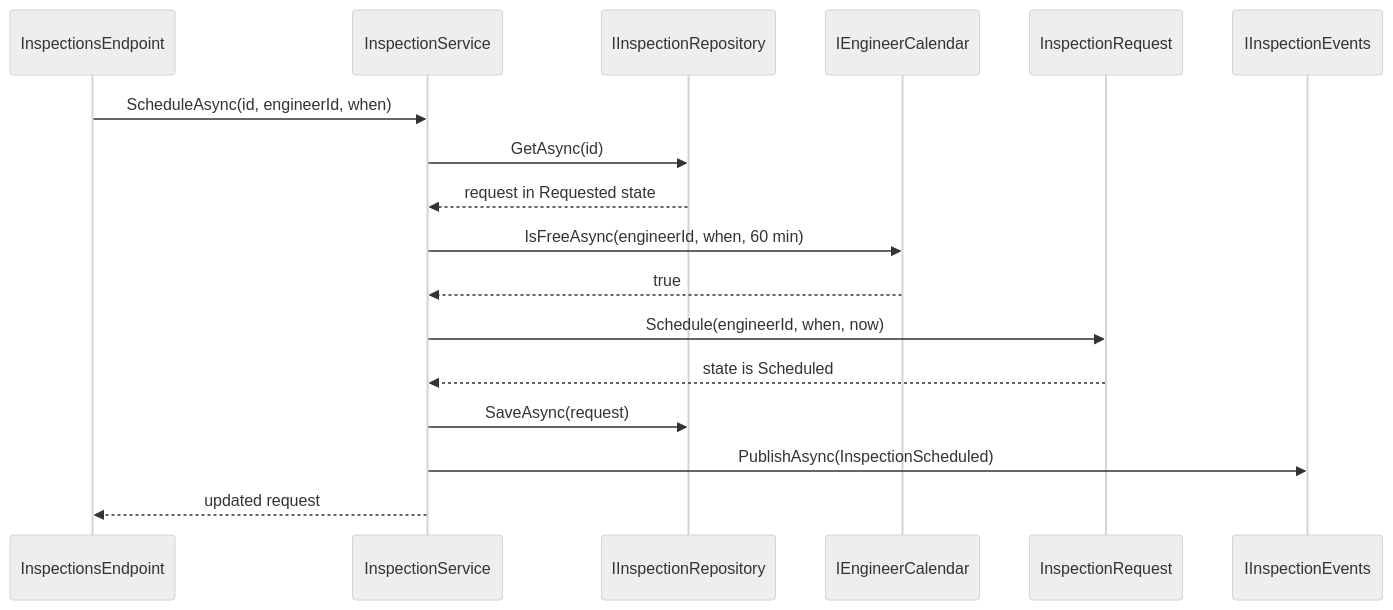
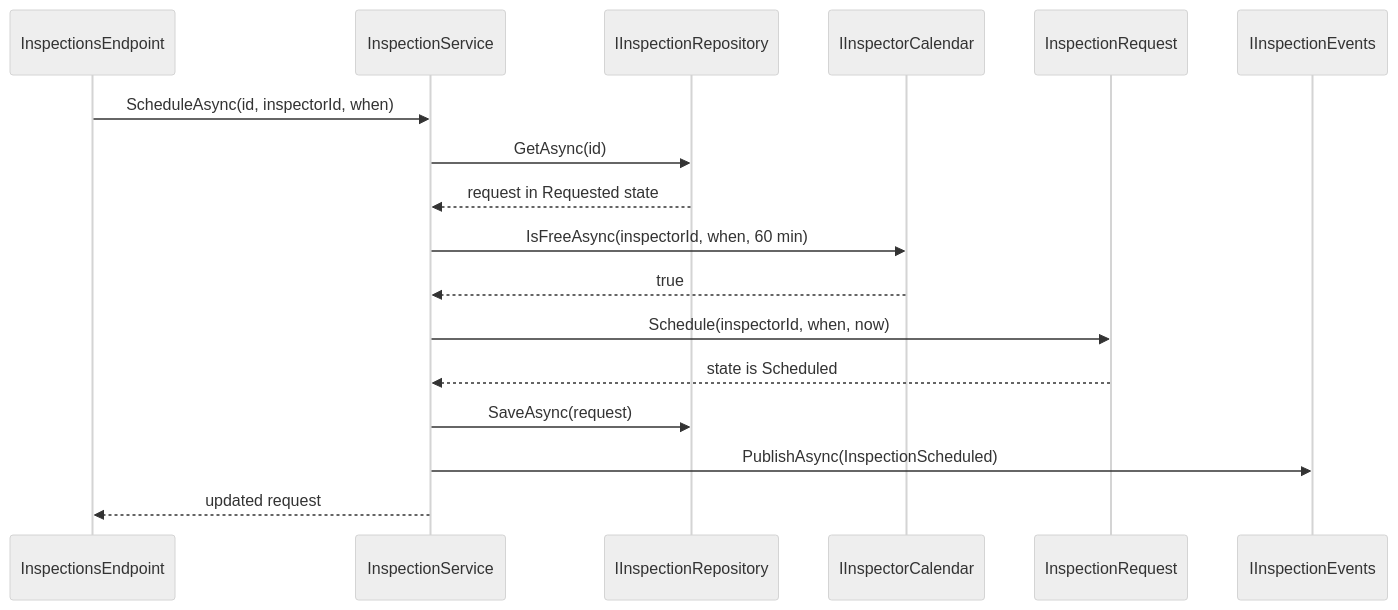
Before and after one commit to rizwi0786/system-design-lab: the fourth of 5 diagrams in content/lessons/m02/m02-hld-vs-lld.md, drawn with Mermaid (neutral theme). The commit also changed other lines of this file and 334 other files, not shown here.

````diff
--- a/content/lessons/m02/m02-hld-vs-lld.md
+++ b/content/lessons/m02/m02-hld-vs-lld.md
@@ -237,19 +237,19 @@
 ```mermaid
 sequenceDiagram
     participant C as InspectionsEndpoint
     participant S as InspectionService
     participant R as IInspectionRepository
-    participant K as IEngineerCalendar
+    participant K as IInspectorCalendar
     participant E as InspectionRequest
     participant Q as IInspectionEvents
-    C->>S: ScheduleAsync(id, engineerId, when)
+    C->>S: ScheduleAsync(id, inspectorId, when)
     S->>R: GetAsync(id)
     R-->>S: request in Requested state
-    S->>K: IsFreeAsync(engineerId, when, 60 min)
+    S->>K: IsFreeAsync(inspectorId, when, 60 min)
     K-->>S: true
-    S->>E: Schedule(engineerId, when, now)
+    S->>E: Schedule(inspectorId, when, now)
     E-->>S: state is Scheduled
     S->>R: SaveAsync(request)
     S->>Q: PublishAsync(InspectionScheduled)
     S-->>C: updated request
 ```
````
